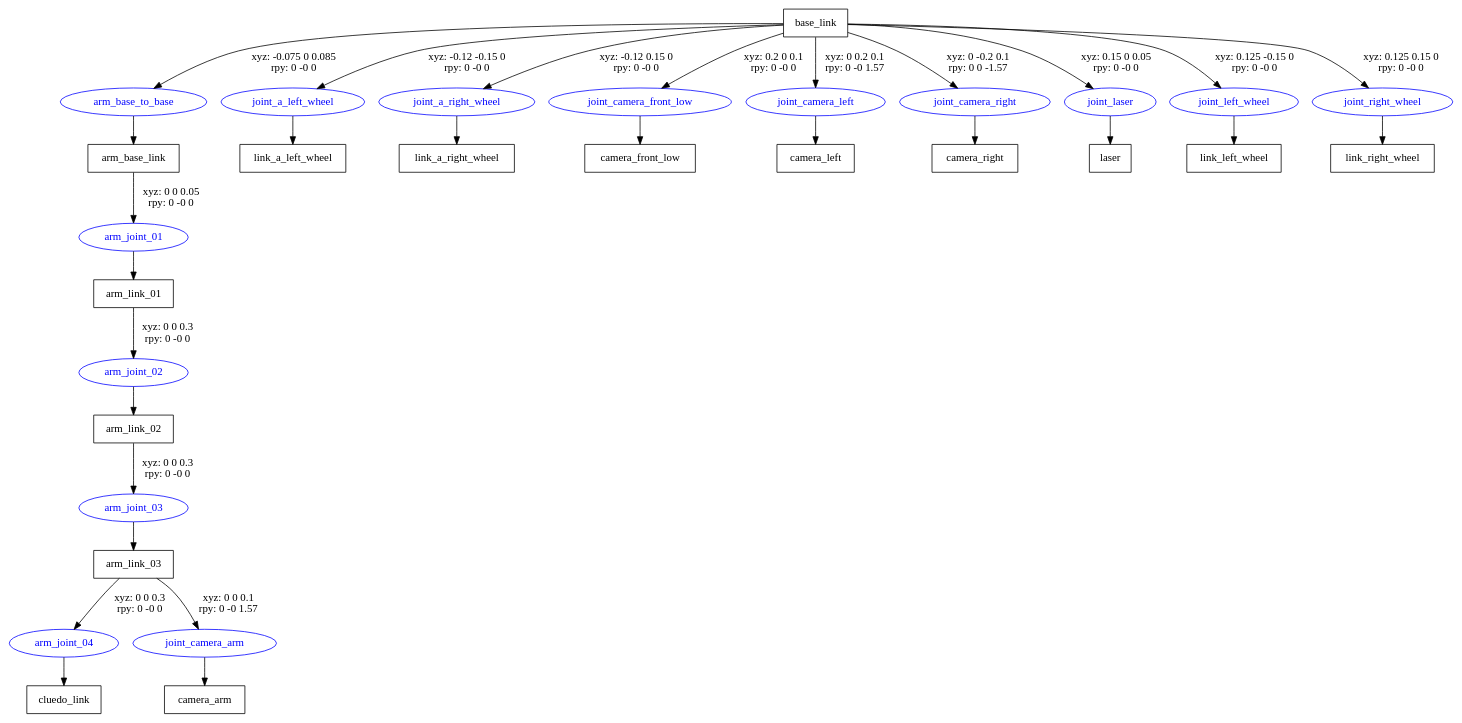
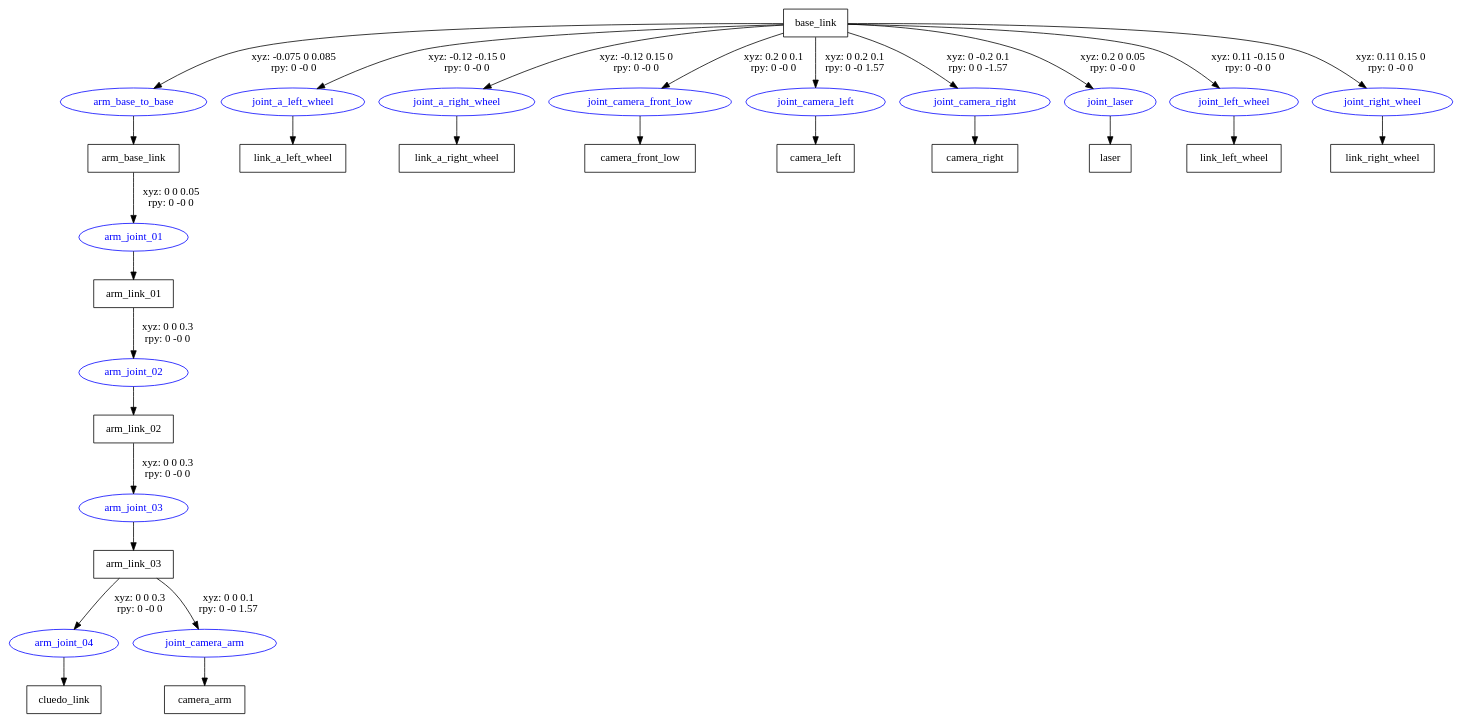
The diagram in robocluedo_dependencies/robocluedo_hunter_urdf_model/robot/model/robocluedo_robot.gv (programmatoroSeduto/ExperimentalRoboticsLab-Assignment-3), drawn with Graphviz before and after one commit. The commit also changed 77 other files, not shown here.

Commit message:
working on robot model (move_base laser issue)

```diff
--- a/robocluedo_dependencies/robocluedo_hunter_urdf_model/robot/model/robocluedo_robot.gv
+++ b/robocluedo_dependencies/robocluedo_hunter_urdf_model/robot/model/robocluedo_robot.gv
@@ -1,47 +1,47 @@
 digraph G {
 node [shape=box];
 "base_link" [label="base_link"];
 "arm_base_link" [label="arm_base_link"];
 "arm_link_01" [label="arm_link_01"];
 "arm_link_02" [label="arm_link_02"];
 "arm_link_03" [label="arm_link_03"];
 "cluedo_link" [label="cluedo_link"];
 "camera_arm" [label="camera_arm"];
 "link_a_left_wheel" [label="link_a_left_wheel"];
 "link_a_right_wheel" [label="link_a_right_wheel"];
 "camera_front_low" [label="camera_front_low"];
 "camera_left" [label="camera_left"];
 "camera_right" [label="camera_right"];
 "laser" [label="laser"];
 "link_left_wheel" [label="link_left_wheel"];
 "link_right_wheel" [label="link_right_wheel"];
 node [shape=ellipse, color=blue, fontcolor=blue];
 "base_link" -> "arm_base_to_base" [label="xyz: -0.075 0 0.085 \nrpy: 0 -0 0"]
 "arm_base_to_base" -> "arm_base_link"
 "arm_base_link" -> "arm_joint_01" [label="xyz: 0 0 0.05 \nrpy: 0 -0 0"]
 "arm_joint_01" -> "arm_link_01"
 "arm_link_01" -> "arm_joint_02" [label="xyz: 0 0 0.3 \nrpy: 0 -0 0"]
 "arm_joint_02" -> "arm_link_02"
 "arm_link_02" -> "arm_joint_03" [label="xyz: 0 0 0.3 \nrpy: 0 -0 0"]
 "arm_joint_03" -> "arm_link_03"
 "arm_link_03" -> "arm_joint_04" [label="xyz: 0 0 0.3 \nrpy: 0 -0 0"]
 "arm_joint_04" -> "cluedo_link"
 "arm_link_03" -> "joint_camera_arm" [label="xyz: 0 0 0.1 \nrpy: 0 -0 1.57"]
 "joint_camera_arm" -> "camera_arm"
 "base_link" -> "joint_a_left_wheel" [label="xyz: -0.12 -0.15 0 \nrpy: 0 -0 0"]
 "joint_a_left_wheel" -> "link_a_left_wheel"
 "base_link" -> "joint_a_right_wheel" [label="xyz: -0.12 0.15 0 \nrpy: 0 -0 0"]
 "joint_a_right_wheel" -> "link_a_right_wheel"
 "base_link" -> "joint_camera_front_low" [label="xyz: 0.2 0 0.1 \nrpy: 0 -0 0"]
 "joint_camera_front_low" -> "camera_front_low"
 "base_link" -> "joint_camera_left" [label="xyz: 0 0.2 0.1 \nrpy: 0 -0 1.57"]
 "joint_camera_left" -> "camera_left"
 "base_link" -> "joint_camera_right" [label="xyz: 0 -0.2 0.1 \nrpy: 0 0 -1.57"]
 "joint_camera_right" -> "camera_right"
-"base_link" -> "joint_laser" [label="xyz: 0.15 0 0.05 \nrpy: 0 -0 0"]
+"base_link" -> "joint_laser" [label="xyz: 0.2 0 0.05 \nrpy: 0 -0 0"]
 "joint_laser" -> "laser"
-"base_link" -> "joint_left_wheel" [label="xyz: 0.125 -0.15 0 \nrpy: 0 -0 0"]
+"base_link" -> "joint_left_wheel" [label="xyz: 0.11 -0.15 0 \nrpy: 0 -0 0"]
 "joint_left_wheel" -> "link_left_wheel"
-"base_link" -> "joint_right_wheel" [label="xyz: 0.125 0.15 0 \nrpy: 0 -0 0"]
+"base_link" -> "joint_right_wheel" [label="xyz: 0.11 0.15 0 \nrpy: 0 -0 0"]
 "joint_right_wheel" -> "link_right_wheel"
 }
```
